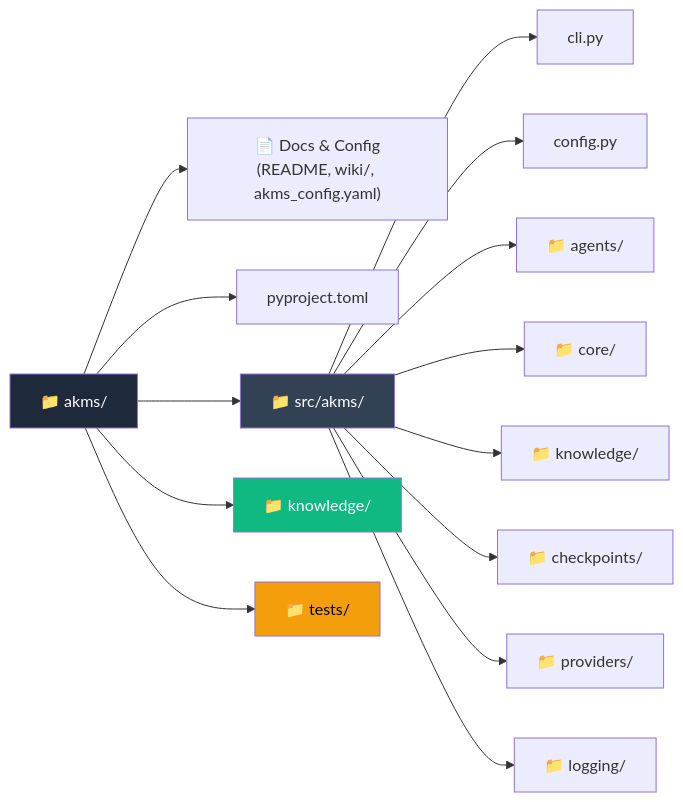
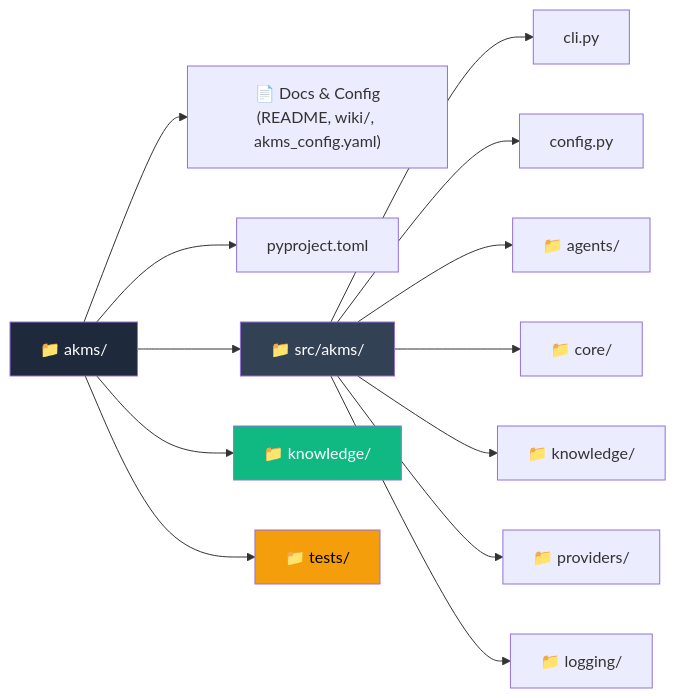
The second of 15 diagrams in how-this-works.md (TheRealOP/Agent-Knowledge-Management-System), drawn with Mermaid before and after one commit. The commit also changed other lines of this file and 19 other files, not shown here.

````diff
--- a/how-this-works.md
+++ b/how-this-works.md
@@ -61,24 +61,23 @@
 ```mermaid
 graph LR
     Root["📁 akms/"]
     Root --> Docs["📄 Docs & Config\n(README, wiki/, akms_config.yaml)"]
     Root --> Pyproject["pyproject.toml"]
     Root --> SrcDir["📁 src/akms/"]
     Root --> KnowDir["📁 knowledge/"]
     Root --> TestDir["📁 tests/"]
 
     SrcDir --> CliPy["cli.py"]
     SrcDir --> ConfigPy["config.py"]
     SrcDir --> Agents["📁 agents/"]
     SrcDir --> Core["📁 core/"]
     SrcDir --> Knowledge["📁 knowledge/"]
-    SrcDir --> Checkpoints["📁 checkpoints/"]
     SrcDir --> ProvidersDir["📁 providers/"]
 
     SrcDir --> Logging["📁 logging/"]
 
     style Root fill:#1e293b,color:#fff
     style SrcDir fill:#334155,color:#fff
     style KnowDir fill:#10b981,color:#fff
     style TestDir fill:#f59e0b,color:#000
 ```
````
